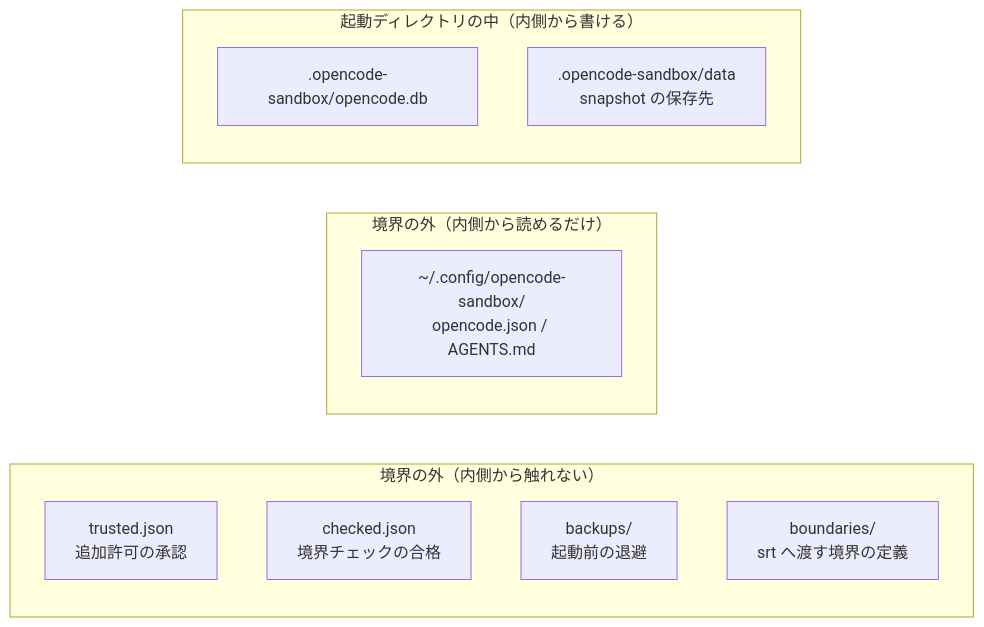
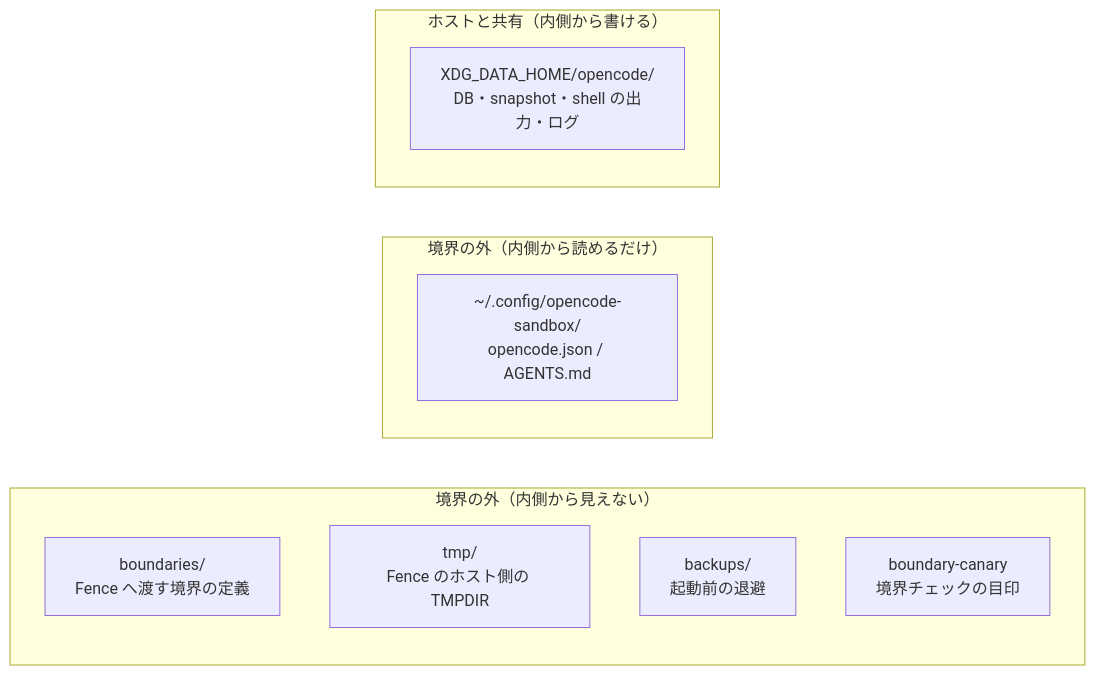
One commit to applejxd/dotfiles changed the third of 4 diagrams in docs/spec/opencode-sandbox.md. Above: the diagram before and after it, drawn with Mermaid. The commit also changed other lines of this file and 14 other files, not shown here.

````diff
--- a/docs/spec/opencode-sandbox.md
+++ b/docs/spec/opencode-sandbox.md
@@ -169,16 +199,15 @@
 ```mermaid
 flowchart LR
-    subgraph outside["境界の外（内側から触れない）"]
-        TRUSTED["trusted.json<br>追加許可の承認"]
-        CHECKED["checked.json<br>境界チェックの合格"]
+    subgraph outside["境界の外（内側から見えない）"]
+        BOUNDARIES["boundaries/<br>Fence へ渡す境界の定義"]
+        TMP["tmp/<br>Fence のホスト側の TMPDIR"]
         BACKUPS["backups/<br>起動前の退避"]
-        BOUNDARIES["boundaries/<br>srt へ渡す境界の定義"]
+        CANARY["boundary-canary<br>境界チェックの目印"]
     end
     subgraph readonly["境界の外（内側から読めるだけ）"]
         SBCFG["~/.config/opencode-sandbox/<br>opencode.json / AGENTS.md"]
     end
-    subgraph writable["起動ディレクトリの中（内側から書ける）"]
-        DB[".opencode-sandbox/opencode.db"]
-        DATA[".opencode-sandbox/data<br>snapshot の保存先"]
+    subgraph shared["ホストと共有（内側から書ける）"]
+        DATA["XDG_DATA_HOME/opencode/<br>DB・snapshot・shell の出力・ログ"]
     end
 ```
````
